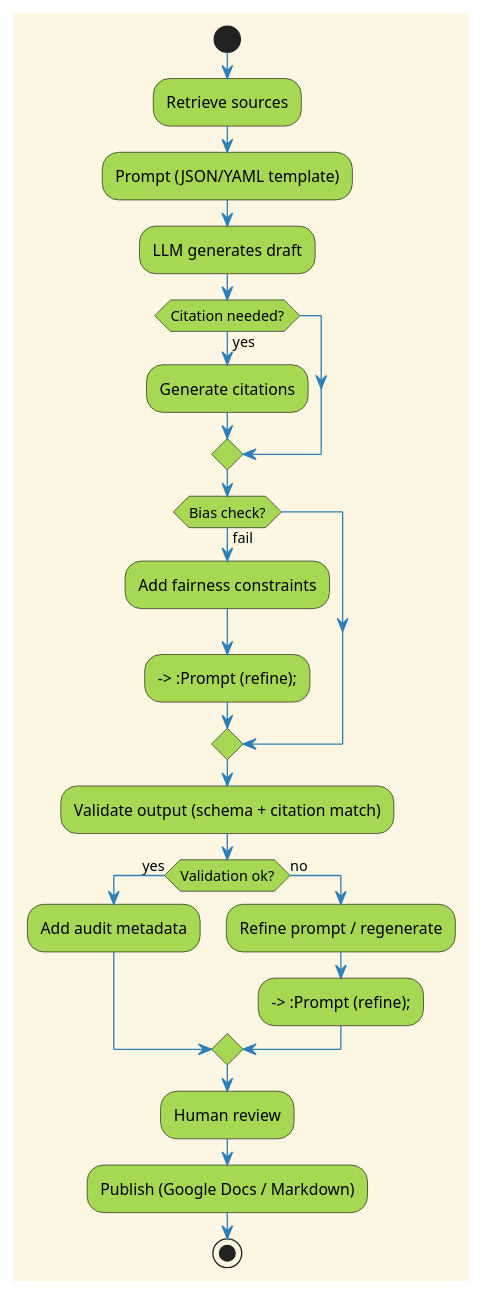
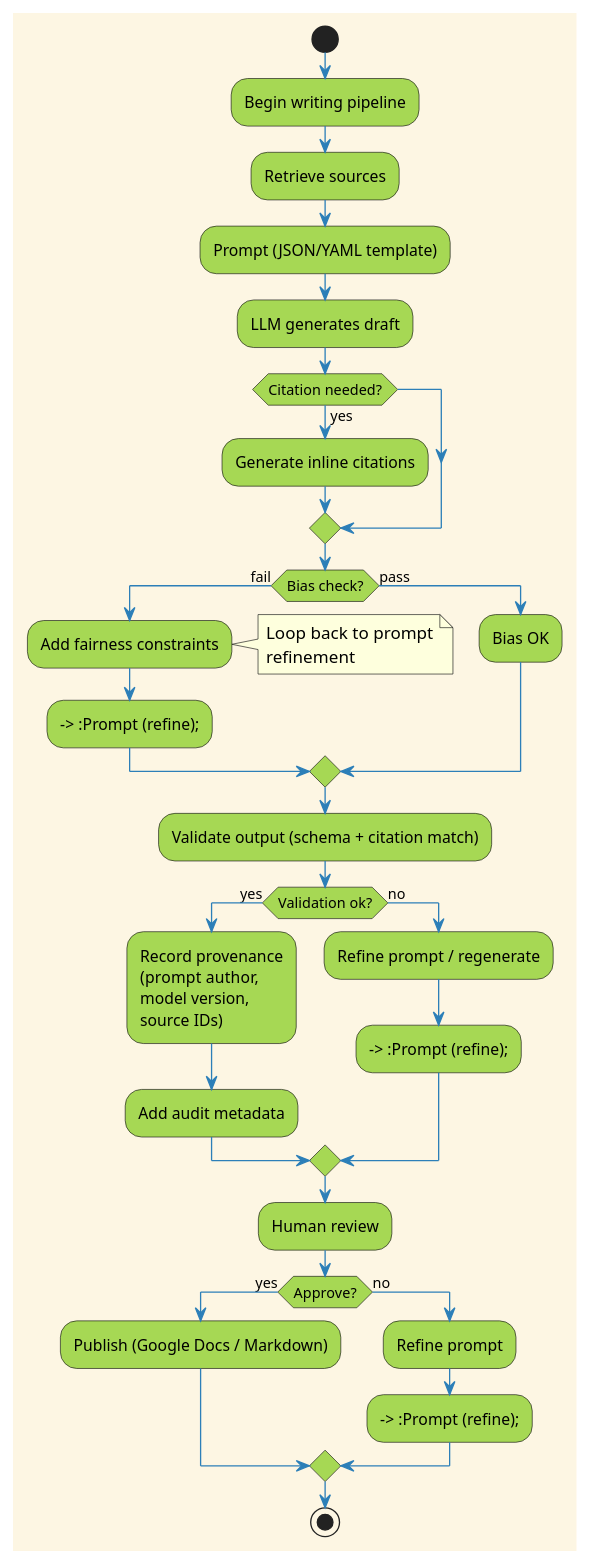
The diagram in aipa/part-ii/ch06-language-and-models/lecture-05.adoc (InquiryInstitute/AIPA), drawn with PlantUML before and after one commit. The commit also changed other lines of this file and 128 other files, not shown here.

```diff
--- a/aipa/part-ii/ch06-language-and-models/lecture-05.adoc
+++ b/aipa/part-ii/ch06-language-and-models/lecture-05.adoc
@@ -80,32 +193,42 @@
 [plantuml,ch06-l05,png,theme=sketchy-outline]
 ....
 @startuml
 skinparam backgroundColor #FDF6E3
 skinparam shadowing false
 skinparam ArrowColor #2C7FB8
 skinparam ActivityBackgroundColor #A6D854
-skinparam DecisionBackgroundColor #E5C07B
+skinparam DecisionBackgroundColor #FFCB6B
 
 start
+:Begin writing pipeline;
 :Retrieve sources;
 :Prompt (JSON/YAML template);
 :LLM generates draft;
 if (Citation needed?) then (yes)
-  :Generate citations;
+  :Generate inline citations;
 endif
 if (Bias check?) then (fail)
   :Add fairness constraints;
+  note right: Loop back to prompt\nrefinement
   --> :Prompt (refine);
+else (pass)
+  :Bias OK;
 endif
 :Validate output (schema + citation match);
 if (Validation ok?) then (yes)
+  :Record provenance\n(prompt author,\nmodel version,\nsource IDs);
   :Add audit metadata;
 else (no)
   :Refine prompt / regenerate;
   --> :Prompt (refine);
 endif
 :Human review;
-:Publish (Google Docs / Markdown);
+if (Approve?) then (yes)
+  :Publish (Google Docs / Markdown);
+else (no)
+  :Refine prompt;
+  --> :Prompt (refine);
+endif
 stop
 @enduml
 ....
```
